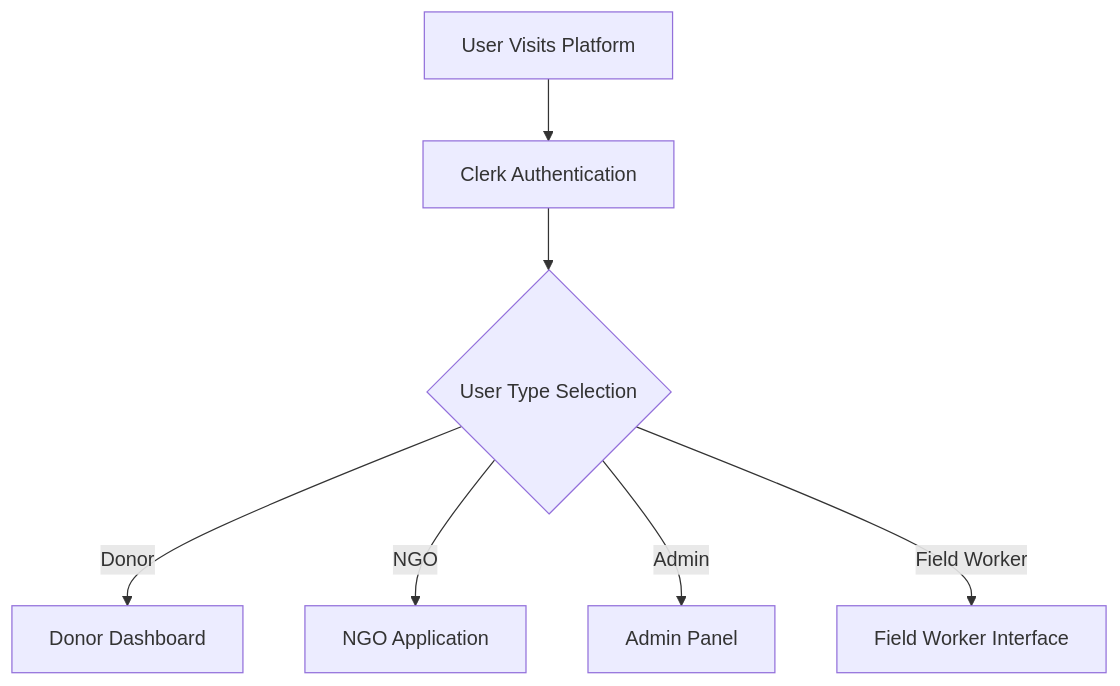
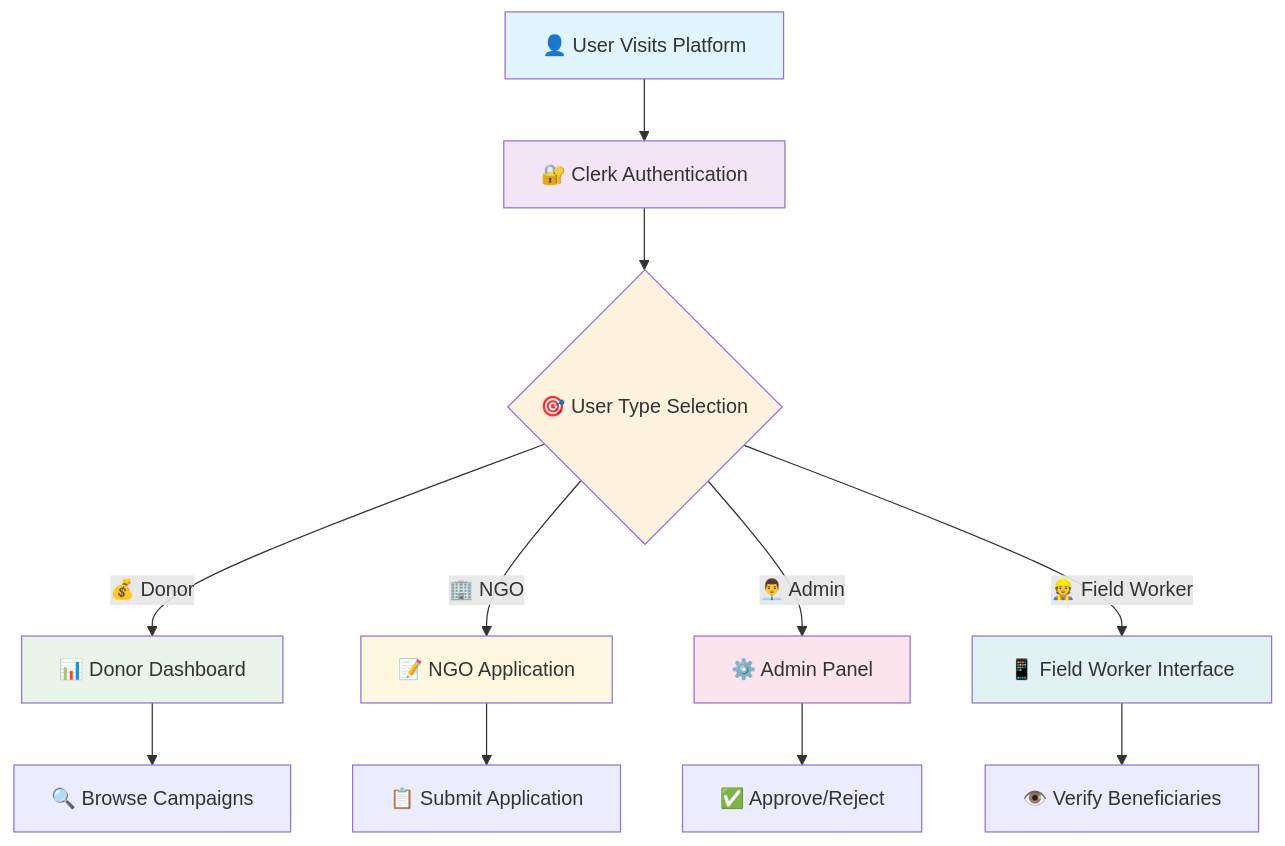
The second of 7 diagrams in README.md (biswa-ganguly/AIDVERIFY), drawn with Mermaid before and after one commit. The commit also changed other lines of this file, not shown here.

Commit message:
Add Mermaid diagrams and Shields.io badges to README

````diff
--- a/README.md
+++ b/README.md
@@ -287,9 +339,22 @@
 ```mermaid
-graph TD
-    A[User Visits Platform] --> B[Clerk Authentication]
-    B --> C{User Type Selection}
-    C -->|Donor| D[Donor Dashboard]
-    C -->|NGO| E[NGO Application]
-    C -->|Admin| F[Admin Panel]
-    C -->|Field Worker| G[Field Worker Interface]
+flowchart TD
+    A[👤 User Visits Platform] --> B[🔐 Clerk Authentication]
+    B --> C{🎯 User Type Selection}
+    C -->|💰 Donor| D[📊 Donor Dashboard]
+    C -->|🏢 NGO| E[📝 NGO Application]
+    C -->|👨‍💼 Admin| F[⚙️ Admin Panel]
+    C -->|👷 Field Worker| G[📱 Field Worker Interface]
+    
+    D --> H[🔍 Browse Campaigns]
+    E --> I[📋 Submit Application]
+    F --> J[✅ Approve/Reject]
+    G --> K[👁️ Verify Beneficiaries]
+    
+    style A fill:#e1f5fe
+    style B fill:#f3e5f5
+    style C fill:#fff3e0
+    style D fill:#e8f5e8
+    style E fill:#fff8e1
+    style F fill:#fce4ec
+    style G fill:#e0f2f1
 ```
````
